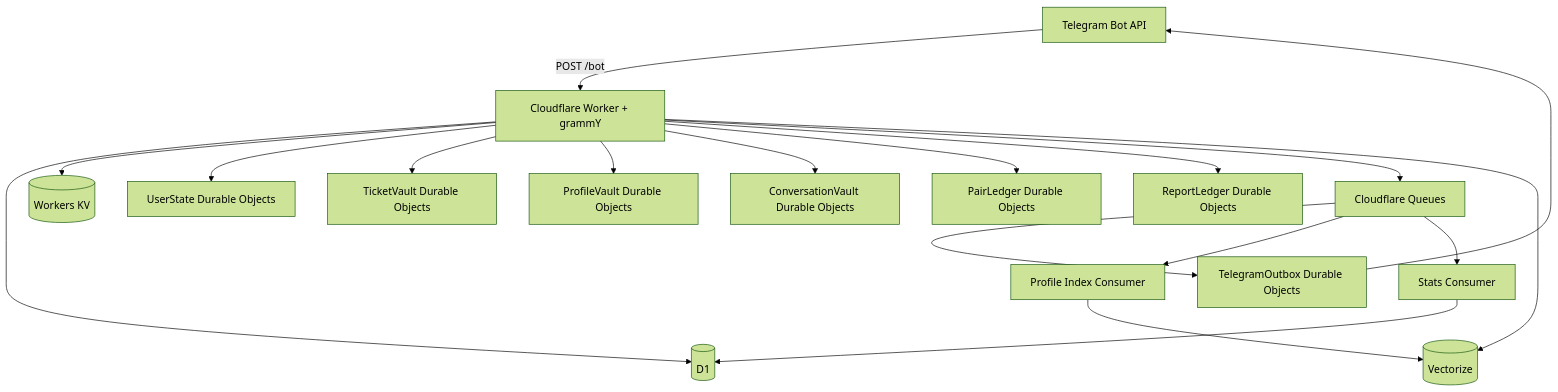
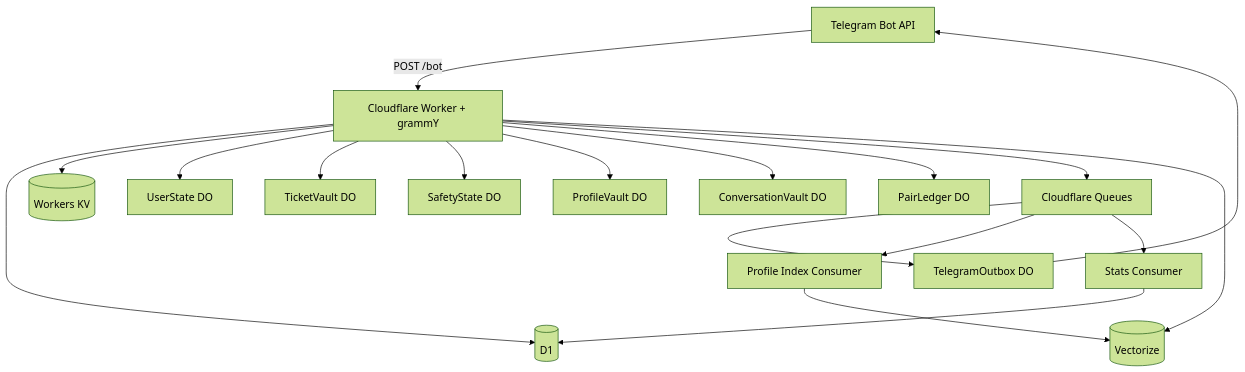
The first of 2 diagrams in content/fa/lab/nekonymous-anonymous-messaging-technical-lab.md (mohetios/mohetios.dev), drawn with Mermaid (forest theme) before and after one commit. The commit also changed other lines of this file, not shown here.

````diff
--- a/content/fa/lab/nekonymous-anonymous-messaging-technical-lab.md
+++ b/content/fa/lab/nekonymous-anonymous-messaging-technical-lab.md
@@ -241,23 +174,23 @@
 ```mermaid
 flowchart TD
   TG[Telegram Bot API] -->|POST /bot| W[Cloudflare Worker + grammY]
 
   W --> D1[(D1)]
   W --> KV[(Workers KV)]
-  W --> US[UserState Durable Objects]
-  W --> TV[TicketVault Durable Objects]
-  W --> PV[ProfileVault Durable Objects]
-  W --> CV[ConversationVault Durable Objects]
-  W --> PL[PairLedger Durable Objects]
-  W --> RL[ReportLedger Durable Objects]
+  W --> US[UserState DO]
+  W --> TV[TicketVault DO]
+  W --> SS[SafetyState DO]
+  W --> PV[ProfileVault DO]
+  W --> CV[ConversationVault DO]
+  W --> PL[PairLedger DO]
   W --> Q[Cloudflare Queues]
   W --> VX[(Vectorize)]
 
-  Q --> OB[TelegramOutbox Durable Objects]
-  Q --> IDX[Profile Index Consumer]
+  Q --> OB[TelegramOutbox DO]
+  Q --> PI[Profile Index Consumer]
   Q --> ST[Stats Consumer]
 
   OB --> TG
-  IDX --> VX
+  PI --> VX
   ST --> D1
 ```
````
